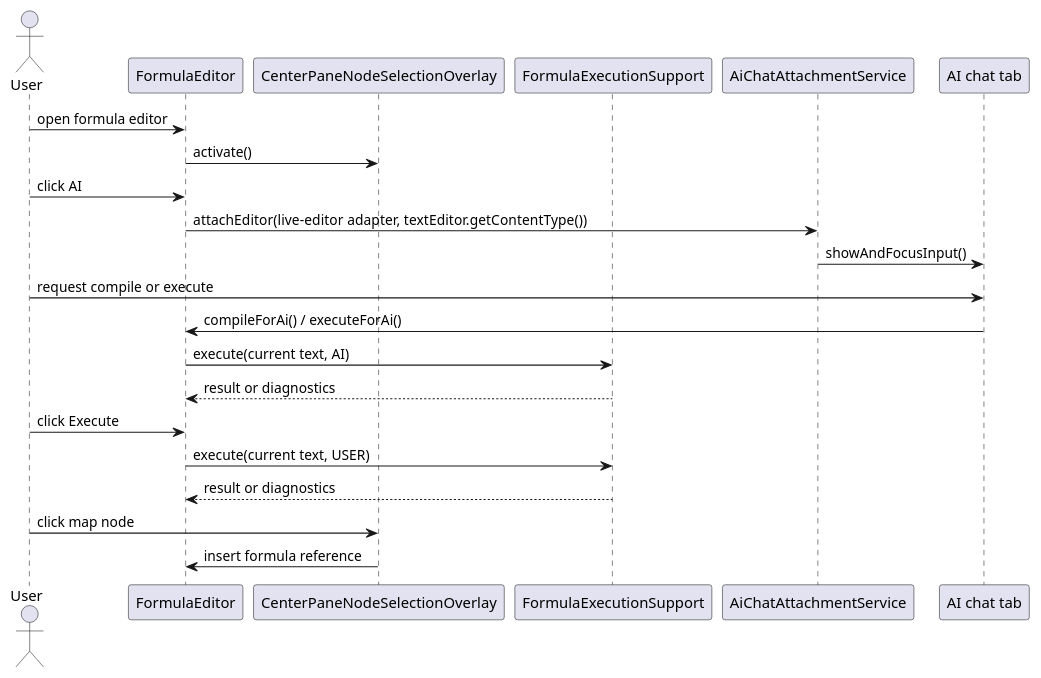
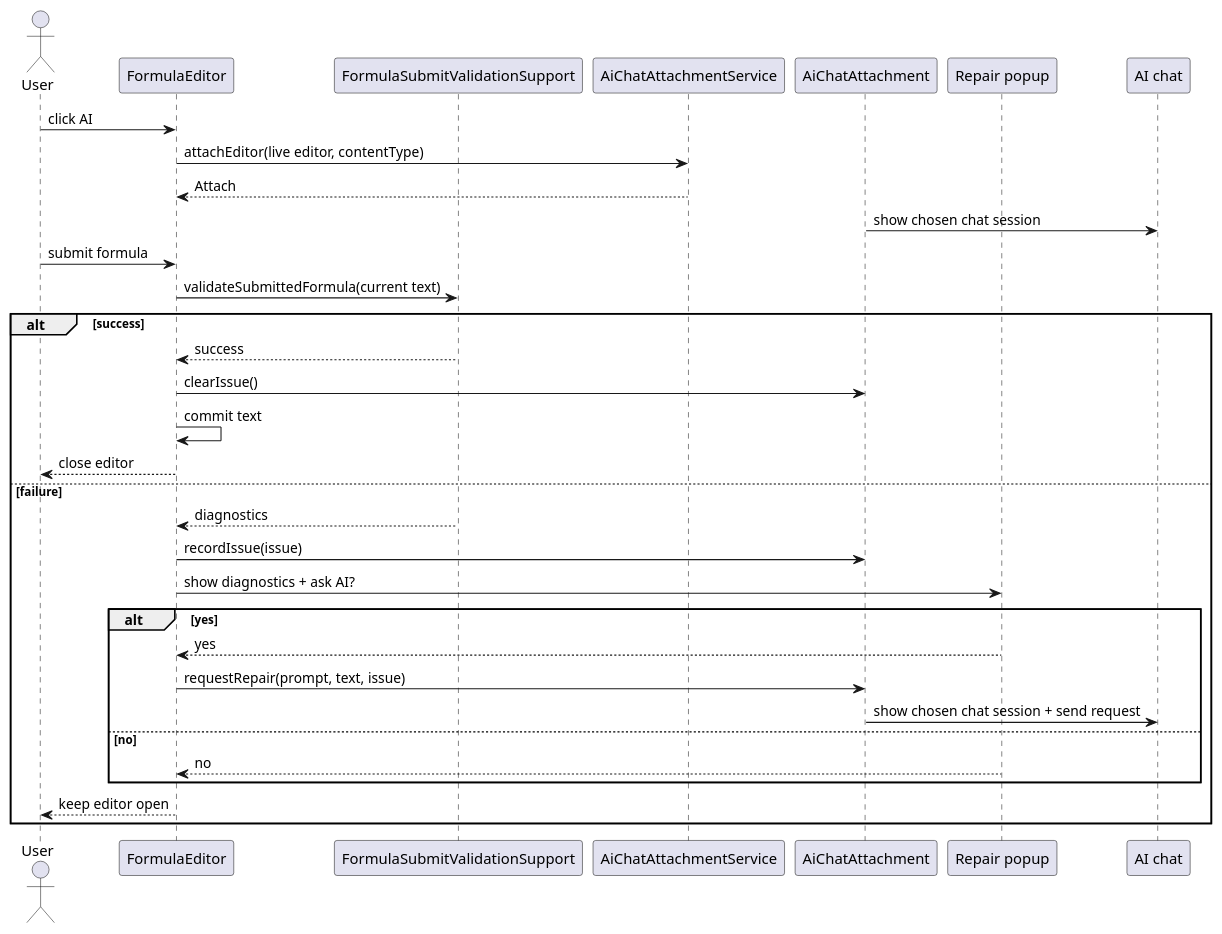
Before and after one commit to hyperdreamer/freeplane: the eighth of 8 diagrams in ai-specs/tasks/in-progress/allow-ai-chat-attachment-for-formula-and-script-editors.md, drawn with PlantUML. The commit also changed other lines of this file, not shown here.

Commit message:
2026-05-27-editor-chat-attachment Clarify attached-editor task design

````diff
--- a/ai-specs/tasks/in-progress/allow-ai-chat-attachment-for-formula-and-script-editors.md
+++ b/ai-specs/tasks/in-progress/allow-ai-chat-attachment-for-formula-and-script-editors.md
@@ -947,25 +1034,36 @@
-```plantuml
-@startuml
-actor User
-participant "FormulaEditor" as FE
-participant "CenterPaneNodeSelectionOverlay" as Overlay
-participant "FormulaExecutionSupport" as Exec
-participant "AiChatAttachmentService" as Attach
-participant "AI chat tab" as AI
-
-User -> FE: open formula editor
-FE -> Overlay: activate()
-User -> FE: click AI
-FE -> Attach: attachEditor(live-editor adapter, textEditor.getContentType())
-Attach -> AI: showAndFocusInput()
-User -> AI: request compile or execute
-AI -> FE: compileForAi() / executeForAi()
-FE -> Exec: execute(current text, AI)
-Exec --> FE: result or diagnostics
-User -> FE: click Execute
-FE -> Exec: execute(current text, USER)
-Exec --> FE: result or diagnostics
-User -> Overlay: click map node
-Overlay -> FE: insert formula reference
-@enduml
-```
+  ```plantuml
+  @startuml
+  actor User
+  participant "FormulaEditor" as FE
+  participant "FormulaSubmitValidationSupport" as Validate
+  participant "AiChatAttachmentService" as AttachSvc
+  participant "AiChatAttachment" as Attach
+  participant "Repair popup" as Popup
+  participant "AI chat" as AI
+  
+  User -> FE: click AI
+  FE -> AttachSvc: attachEditor(live editor, contentType)
+  AttachSvc --> FE: Attach
+  Attach -> AI: show chosen chat session
+  User -> FE: submit formula
+  FE -> Validate: validateSubmittedFormula(current text)
+  alt success
+    Validate --> FE: success
+    FE -> Attach: clearIssue()
+    FE -> FE: commit text
+    FE --> User: close editor
+  else failure
+    Validate --> FE: diagnostics
+    FE -> Attach: recordIssue(issue)
+    FE -> Popup: show diagnostics + ask AI?
+    alt yes
+      Popup --> FE: yes
+      FE -> Attach: requestRepair(prompt, text, issue)
+      Attach -> AI: show chosen chat session + send request
+    else no
+      Popup --> FE: no
+    end
+    FE --> User: keep editor open
+  end
+  @enduml
+  ```
````
